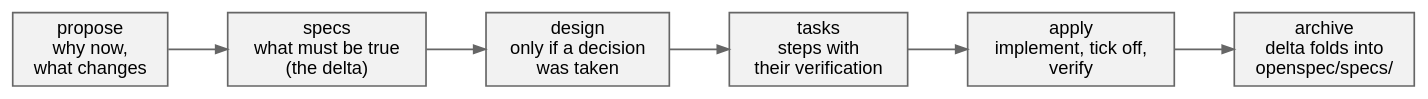
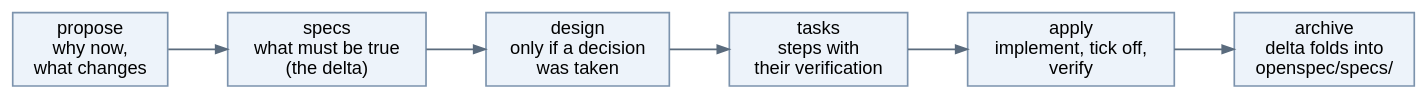
The diagram in modules/openspec-hands-on/questions.adoc (htl-leonding-college/curriculum-syp3), drawn with Graphviz before and after one commit. The commit also changed 65 other files, not shown here.

First line of the commit message:
feat(site): give the diagrams a semantic pastel palette

```diff
--- a/modules/openspec-hands-on/questions.adoc
+++ b/modules/openspec-hands-on/questions.adoc
@@ -21,19 +21,19 @@
 [graphviz,q-openspec-loop,svg]
 ----
 digraph loop {
   rankdir=LR;
   bgcolor="transparent";
-  node [shape=box, style=filled, fillcolor="#f2f2f2", color="#666666",
+  node [shape=box, style=filled, fillcolor="#EDF3FA", color="#7C93AD",
         fontname="Helvetica", fontsize=11];
-  edge [color="#666666", arrowsize=0.7];
+  edge [color="#5A6B7D", arrowsize=0.7];
 
   P [label="propose\nwhy now,\nwhat changes"];
   S [label="specs\nwhat must be true\n(the delta)"];
   D [label="design\nonly if a decision\nwas taken"];
   T [label="tasks\nsteps with\ntheir verification"];
   A [label="apply\nimplement, tick off,\nverify"];
   R [label="archive\ndelta folds into\nopenspec/specs/"];
 
   P -> S -> D -> T -> A -> R;
 }
 ----
```
